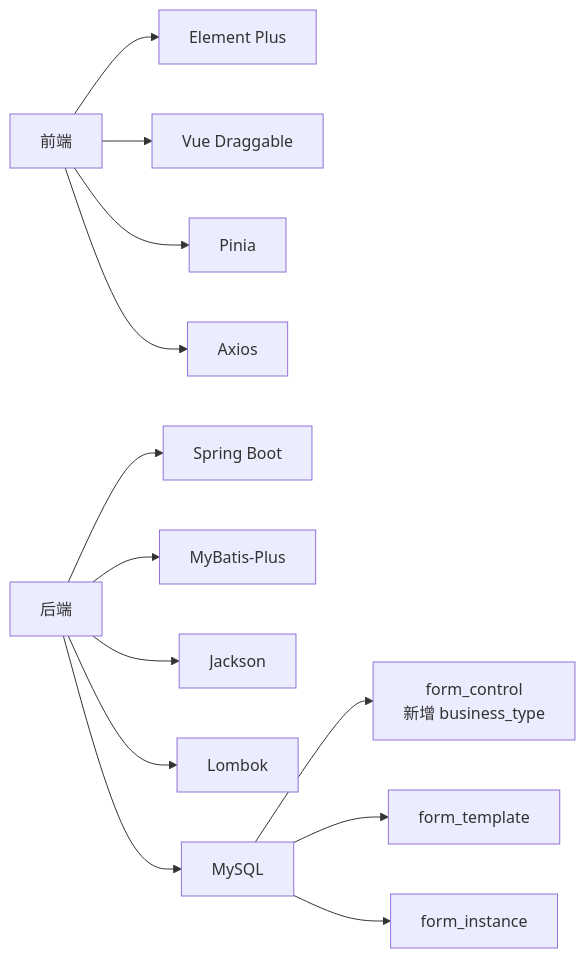
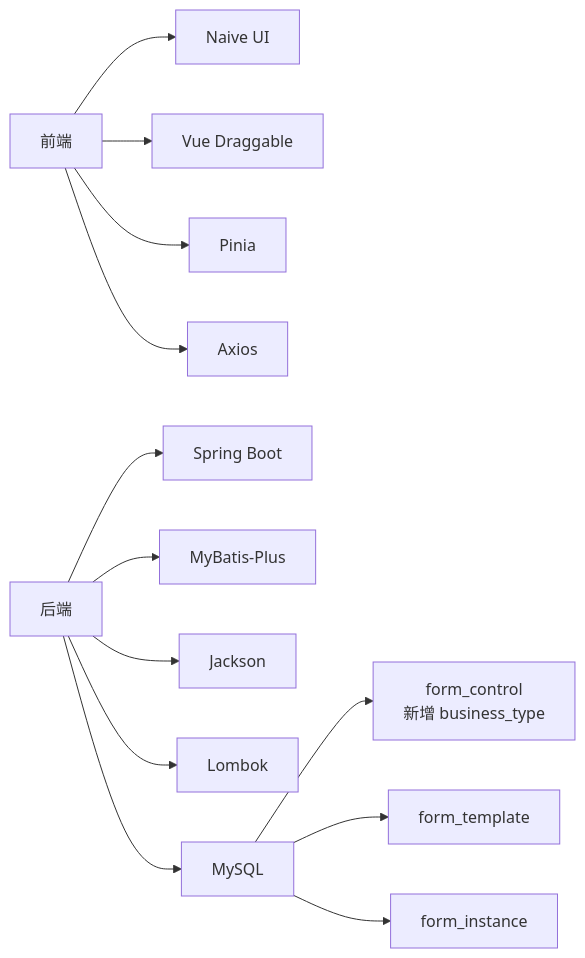
The ninth of 9 diagrams in .qoder/repowiki/zh/content/前端架构设计/动态表单渲染机制/动态表单渲染机制.md (NJMrLi/genetics), drawn with Mermaid before and after one commit. The commit also changed other lines of this file and 32 other files, not shown here.

````diff
--- a/.qoder/repowiki/zh/content/前端架构设计/动态表单渲染机制/动态表单渲染机制.md
+++ b/.qoder/repowiki/zh/content/前端架构设计/动态表单渲染机制/动态表单渲染机制.md
@@ -454,15 +570,15 @@
 ```mermaid
 graph LR
-FE["前端"] --> EP["Element Plus"]
+FE["前端"] --> NAIVE["Naive UI"]
 FE --> DRAG["Vue Draggable"]
 FE --> PINIA["Pinia"]
 FE --> AX["Axios"]
 BE["后端"] --> SB["Spring Boot"]
 BE --> MB["MyBatis-Plus"]
 BE --> JACK["Jackson"]
 BE --> LOMB["Lombok"]
 BE --> DB["MySQL"]
 DB --> FC["form_control<br/>新增 business_type"]
 DB --> FT["form_template"]
 DB --> FI["form_instance"]
 ```
````
